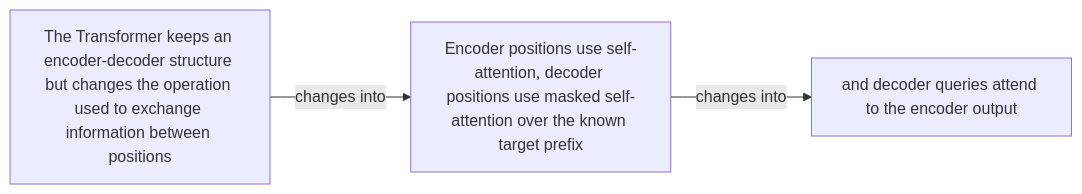
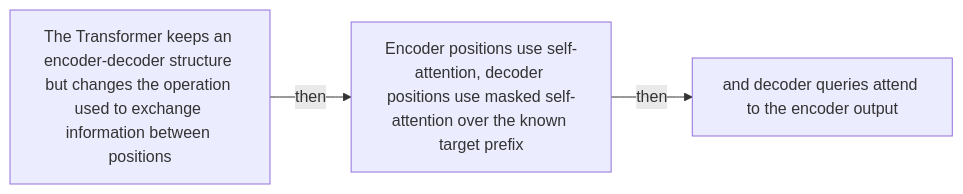
One commit to Betancourt1/paper_atlas changed the seventh of 54 diagrams in docs/visual-manifests/VISUAL_MANIFEST_ATTENTION_IS_ALL_YOU_NEED.md. Above: the diagram before and after it, drawn with Mermaid. The commit also changed other lines of this file and 7 other files, not shown here.

````diff
--- a/docs/visual-manifests/VISUAL_MANIFEST_ATTENTION_IS_ALL_YOU_NEED.md
+++ b/docs/visual-manifests/VISUAL_MANIFEST_ATTENTION_IS_ALL_YOU_NEED.md
@@ -528,8 +526,8 @@
 ```mermaid
 flowchart LR
   n1["The Transformer keeps an encoder-decoder structure but changes the operation used to exchange information between positions"]
   n2["Encoder positions use self-attention, decoder positions use masked self-attention over the known target prefix"]
   n3["and decoder queries attend to the encoder output"]
-  n1 -->|"changes into"| n2
-  n2 -->|"changes into"| n3
+  n1 -->|"then"| n2
+  n2 -->|"then"| n3
 ```
````
